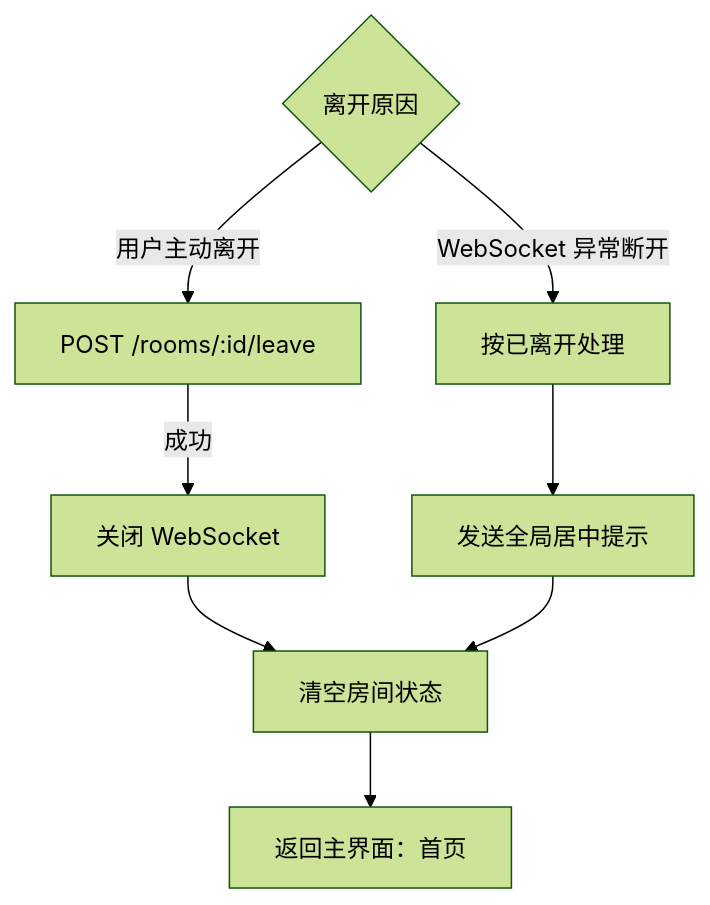
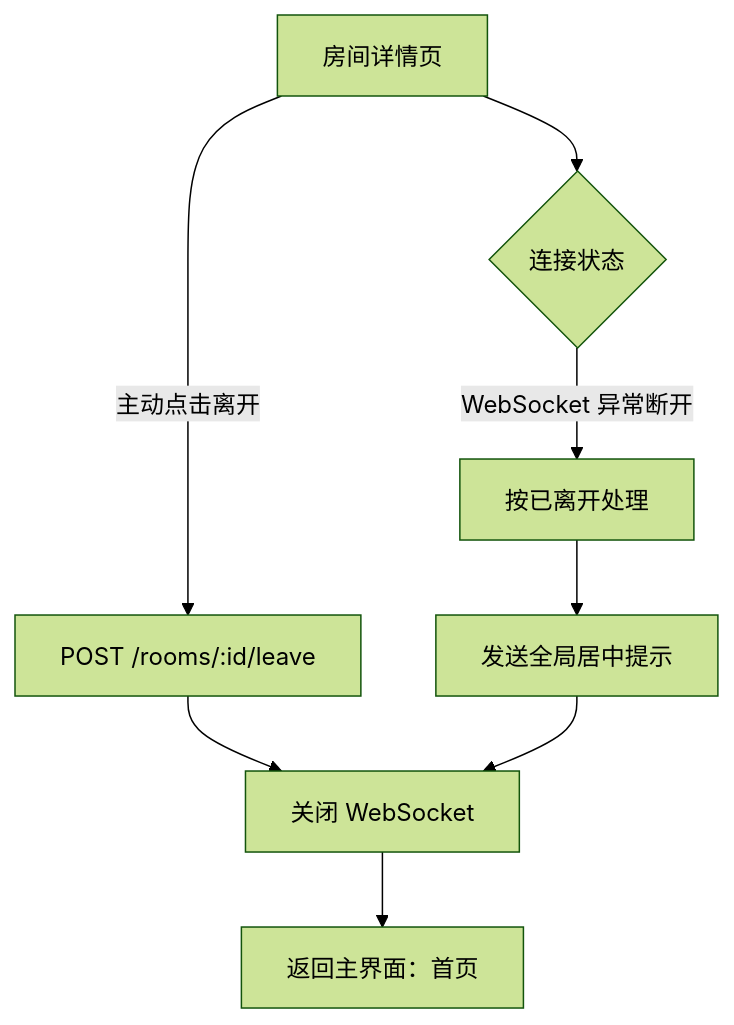
Before and after one commit to DancingCodes/room-app: the sixth of 8 diagrams in docs/客户端逻辑设计.md, drawn with Mermaid (forest theme). The commit also changed other lines of this file and 9 other files, not shown here.

````diff
--- a/docs/客户端逻辑设计.md
+++ b/docs/客户端逻辑设计.md
@@ -136,12 +98,11 @@
 ```mermaid
 flowchart TD
-    A{离开原因} -- 用户主动离开 --> B[POST /rooms/:id/leave]
-    B -- 成功 --> C[关闭 WebSocket]
-    C --> D[清空房间状态]
+    A[房间详情页] --> B{连接状态}
+    A -- 主动点击离开 --> C[POST /rooms/:id/leave]
+    C --> D[关闭 WebSocket]
     D --> E[返回主界面：首页]
 
-    A -- WebSocket 异常断开 --> F[按已离开处理]
+    B -- WebSocket 异常断开 --> F[按已离开处理]
     F --> G[发送全局居中提示]
     G --> D
-
 ```
````
